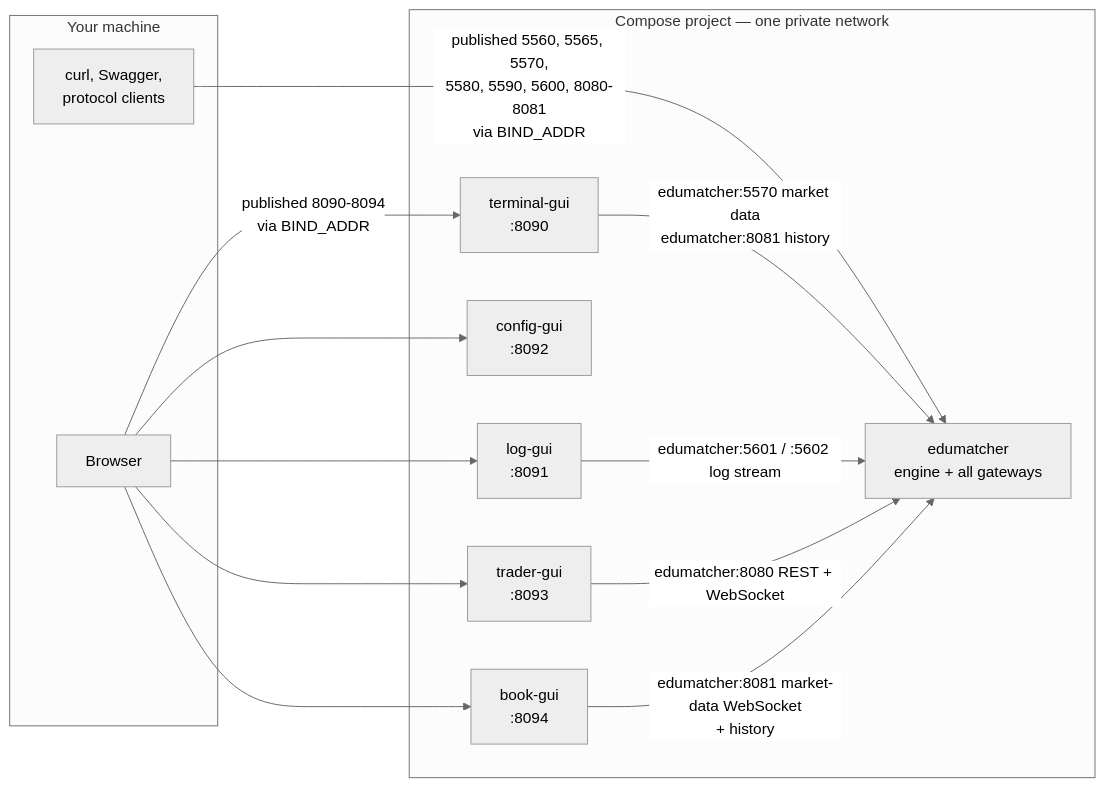
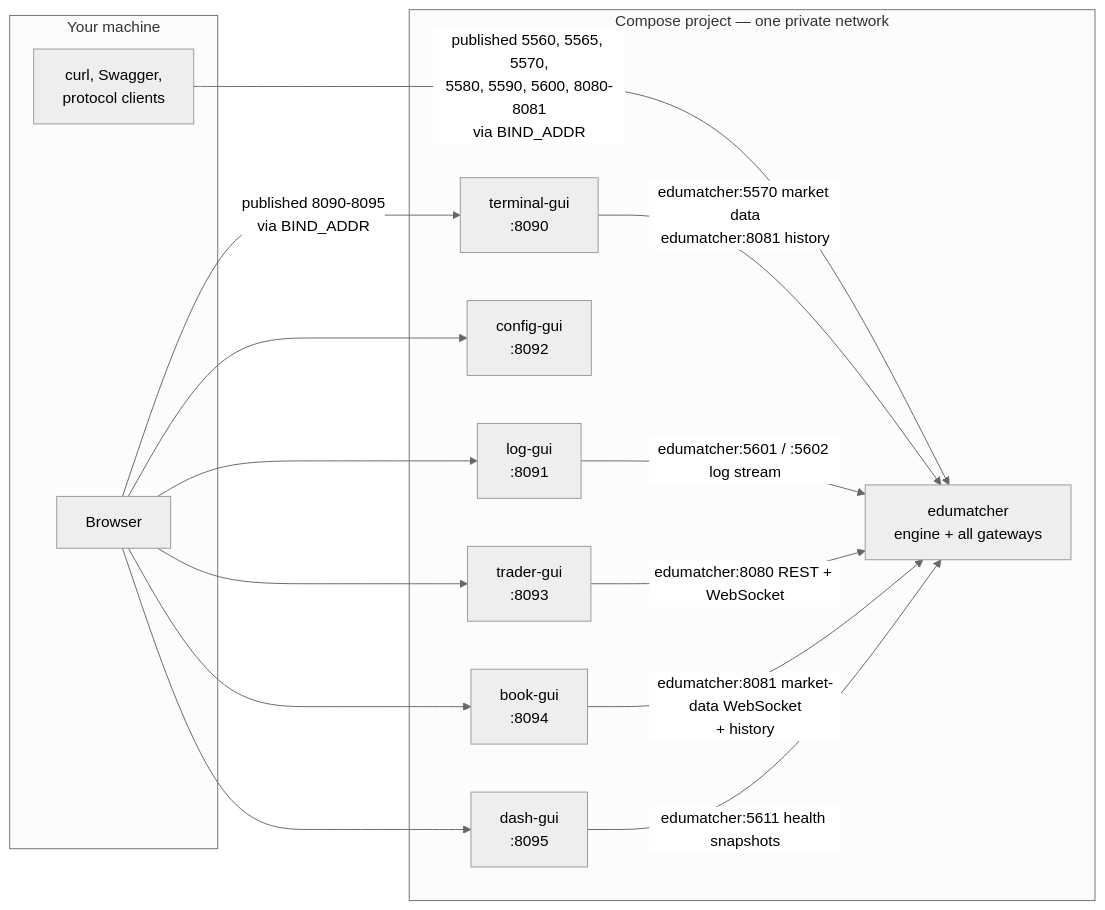
Before and after one commit to johan162/EduMatcher: the first of 2 diagrams in docs/books/operator-guide/part-1-install-and-deploy/010-installation.md, drawn with Mermaid (neutral theme). The commit also changed other lines of this file and 428 other files, not shown here.

Commit message:
Added exchange health monitor pm-monitor. New operator exchange status GUI Dashboard pm-dash. Also improved all Web-application documentations with screenshots.

````diff
--- a/docs/books/operator-guide/part-1-install-and-deploy/010-installation.md
+++ b/docs/books/operator-guide/part-1-install-and-deploy/010-installation.md
@@ -387,28 +392,31 @@
 ```mermaid
 flowchart LR
     subgraph host["Your machine"]
         BROWSER["Browser"]
         CLIENT["curl, Swagger,\nprotocol clients"]
     end
 
     subgraph project["Compose project — one private network"]
         TERM["terminal-gui\n:8090"]
         LOG["log-gui\n:8091"]
         CFG["config-gui\n:8092"]
         TRD["trader-gui\n:8093"]
         BOOK["book-gui\n:8094"]
+        DASH["dash-gui\n:8095"]
         BE["edumatcher\nengine + all gateways"]
     end
 
-    BROWSER -->|"published 8090-8094\nvia BIND_ADDR"| TERM
+    BROWSER -->|"published 8090-8095\nvia BIND_ADDR"| TERM
     BROWSER --> LOG
     BROWSER --> CFG
     BROWSER --> TRD
     BROWSER --> BOOK
+    BROWSER --> DASH
     CLIENT -->|"published 5560, 5565, 5570,\n5580, 5590, 5600, 8080-8081\nvia BIND_ADDR"| BE
 
     TERM -->|"edumatcher:5570 market data\nedumatcher:8081 history"| BE
     LOG -->|"edumatcher:5601 / :5602 log stream"| BE
     TRD -->|"edumatcher:8080 REST + WebSocket"| BE
     BOOK -->|"edumatcher:8081 market-data WebSocket\n+ history"| BE
+    DASH -->|"edumatcher:5611 health snapshots"| BE
 ```
````
